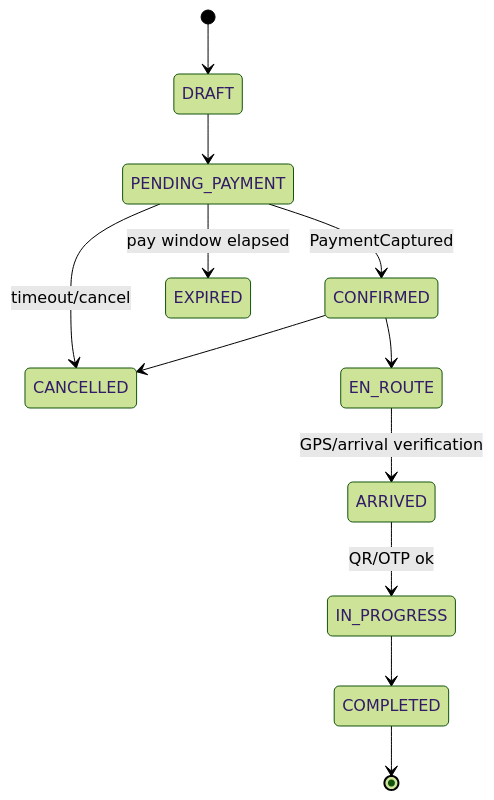
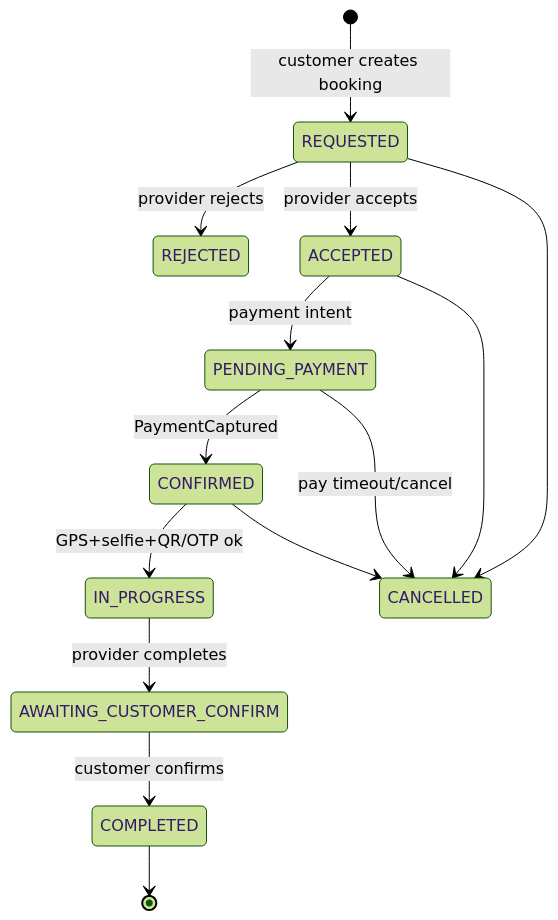
Before and after one commit to Ahlamgit/Hellow-world: the diagram in docs/v1/workflows/24-BOOKING-LIFECYCLE.md, drawn with Mermaid (forest theme). The commit also changed other lines of this file and 25 other files, not shown here.

````diff
--- a/docs/v1/workflows/24-BOOKING-LIFECYCLE.md
+++ b/docs/v1/workflows/24-BOOKING-LIFECYCLE.md
@@ -32,14 +32,16 @@
 ```mermaid
 stateDiagram-v2
-  [*] --> DRAFT
-  DRAFT --> PENDING_PAYMENT
+  [*] --> REQUESTED: customer creates booking
+  REQUESTED --> REJECTED: provider rejects
+  REQUESTED --> ACCEPTED: provider accepts
+  ACCEPTED --> PENDING_PAYMENT: payment intent
   PENDING_PAYMENT --> CONFIRMED: PaymentCaptured
-  PENDING_PAYMENT --> CANCELLED: timeout/cancel
-  PENDING_PAYMENT --> EXPIRED: pay window elapsed
-  CONFIRMED --> EN_ROUTE
-  EN_ROUTE --> ARRIVED: GPS/arrival verification
-  ARRIVED --> IN_PROGRESS: QR/OTP ok
-  IN_PROGRESS --> COMPLETED
+  PENDING_PAYMENT --> CANCELLED: pay timeout/cancel
+  CONFIRMED --> IN_PROGRESS: GPS+selfie+QR/OTP ok
+  IN_PROGRESS --> AWAITING_CUSTOMER_CONFIRM: provider completes
+  AWAITING_CUSTOMER_CONFIRM --> COMPLETED: customer confirms
+  COMPLETED --> [*]
+  REQUESTED --> CANCELLED
+  ACCEPTED --> CANCELLED
   CONFIRMED --> CANCELLED
-  COMPLETED --> [*]
 ```
````
